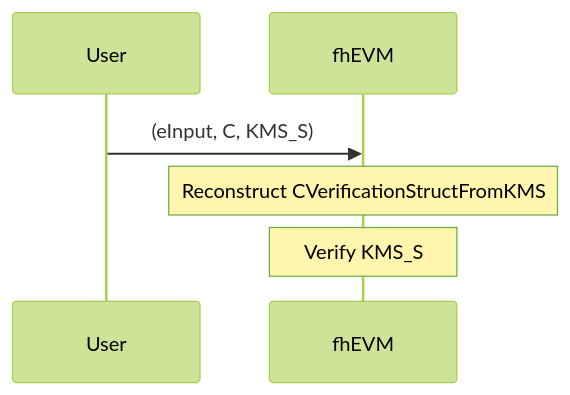
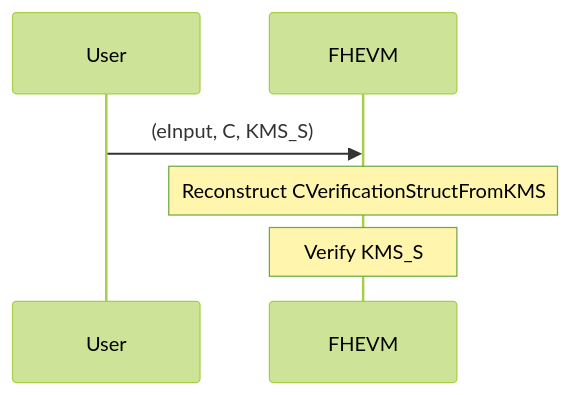
One commit to zama-ai/fhevm changed the second of 2 diagrams in coprocessor/docs/fundamentals/fhevm/inputs.md. Above: the diagram before and after it, drawn with Mermaid (forest theme). The commit also changed other lines of this file and 37 other files, not shown here.

````diff
--- a/coprocessor/docs/fundamentals/fhevm/inputs.md
+++ b/coprocessor/docs/fundamentals/fhevm/inputs.md
@@ -103,11 +103,11 @@
 ```mermaid
 sequenceDiagram
     participant User
-    participant fhEVM
+    participant FHEVM
 
-    User->>fhEVM: (eInput, C, KMS_S)
-     Note over fhEVM: Reconstruct CVerificationStructFromKMS
-    Note over fhEVM: Verify KMS_S
+    User->>FHEVM: (eInput, C, KMS_S)
+     Note over FHEVM: Reconstruct CVerificationStructFromKMS
+    Note over FHEVM: Verify KMS_S
 
 
 ```
````
